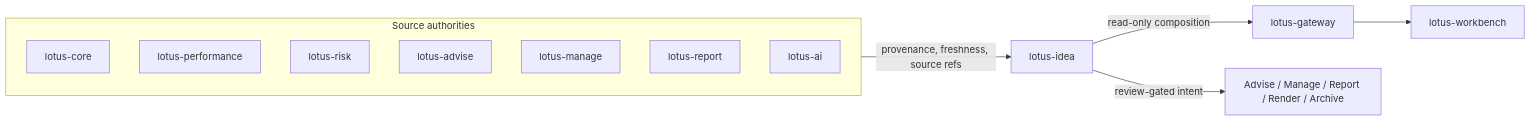
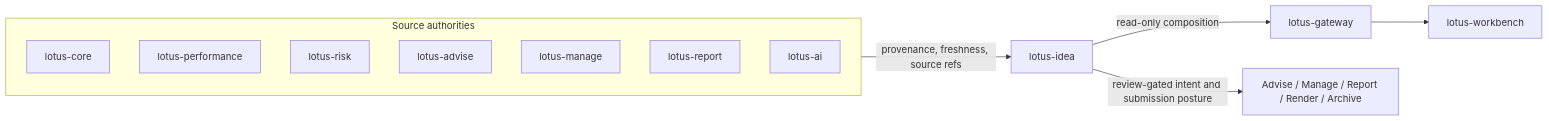
Before and after one commit to sgajbi/lotus-idea: the first of 2 diagrams in wiki/Architecture.md, drawn with Mermaid. The commit also changed other lines of this file and 17 other files, not shown here.

Commit message:
Document downstream submission posture

````diff
--- a/wiki/Architecture.md
+++ b/wiki/Architecture.md
@@ -12,17 +12,17 @@
 ```mermaid
 flowchart LR
     subgraph Sources["Source authorities"]
         Core["lotus-core"]
         Perf["lotus-performance"]
         Risk["lotus-risk"]
         Advise["lotus-advise"]
         Manage["lotus-manage"]
         Report["lotus-report"]
         AI["lotus-ai"]
     end
 
     Sources -->|"provenance, freshness, source refs"| Idea["lotus-idea"]
     Idea -->|"read-only composition"| Gateway["lotus-gateway"]
     Gateway --> Workbench["lotus-workbench"]
-    Idea -->|"review-gated intent"| Downstream["Advise / Manage / Report / Render / Archive"]
+    Idea -->|"review-gated intent and submission posture"| Downstream["Advise / Manage / Report / Render / Archive"]
 ```
````
